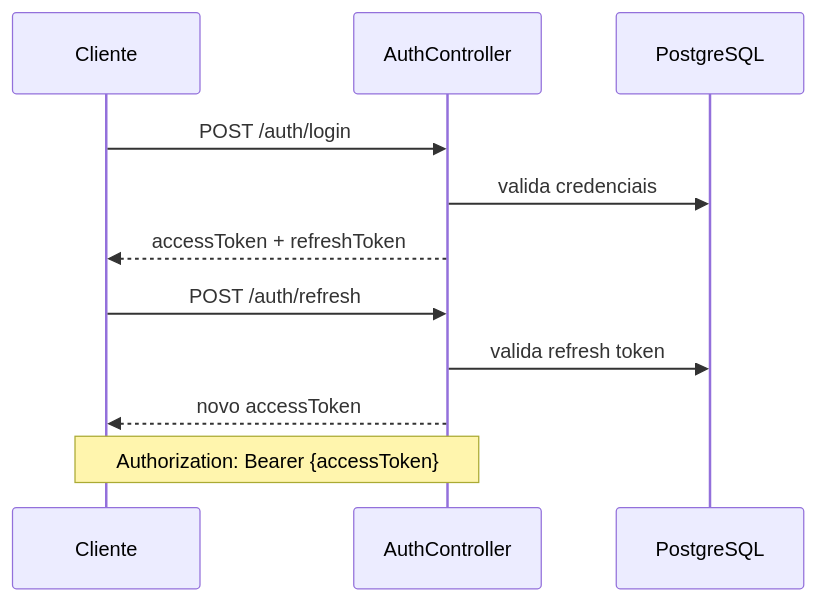
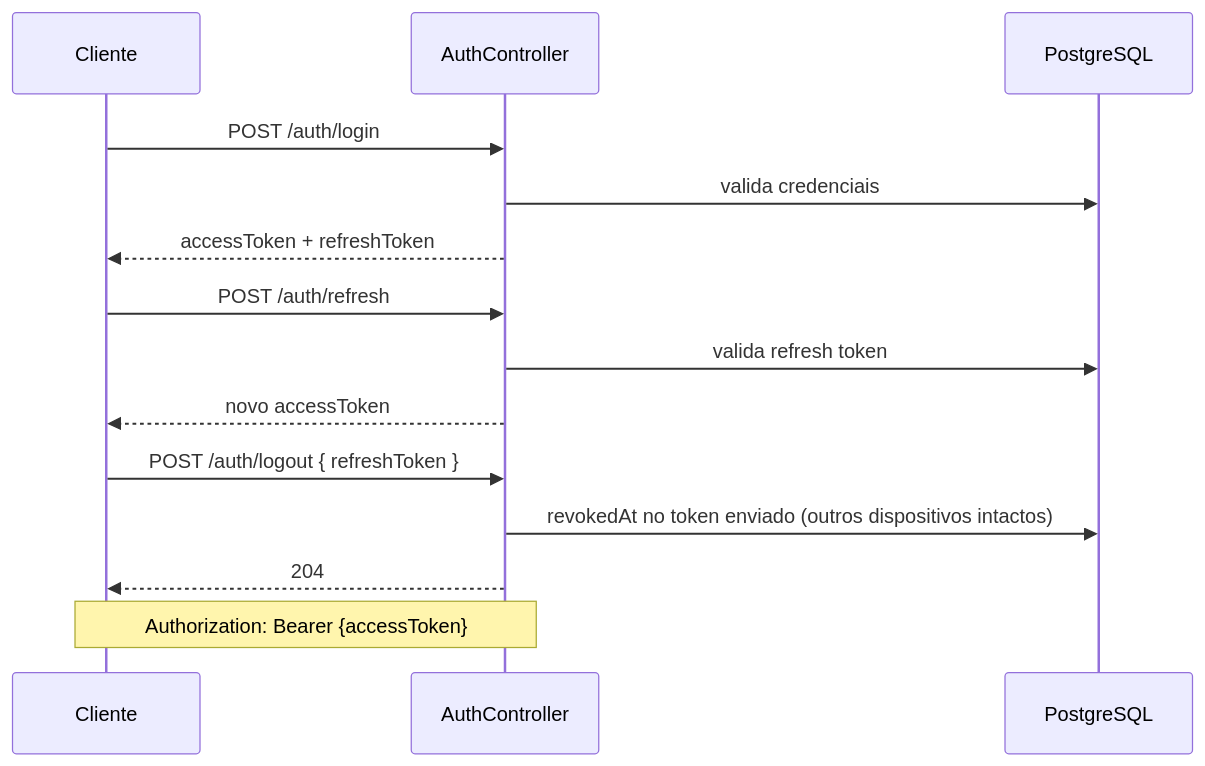
The second of 2 diagrams in docs/spec/03-arquitetura.md (OSenhorD/commandix-poc), drawn with Mermaid before and after one commit. The commit also changed other lines of this file and 140 other files, not shown here.

````diff
--- a/docs/spec/03-arquitetura.md
+++ b/docs/spec/03-arquitetura.md
@@ -71,16 +73,20 @@
 ```mermaid
 sequenceDiagram
     participant C as Cliente
     participant A as AuthController
     participant DB as PostgreSQL
 
     C->>A: POST /auth/login
     A->>DB: valida credenciais
     A-->>C: accessToken + refreshToken
 
     C->>A: POST /auth/refresh
     A->>DB: valida refresh token
     A-->>C: novo accessToken
 
+    C->>A: POST /auth/logout { refreshToken }
+    A->>DB: revokedAt no token enviado (outros dispositivos intactos)
+    A-->>C: 204
+
     Note over C,A: Authorization: Bearer {accessToken}
 ```
````
